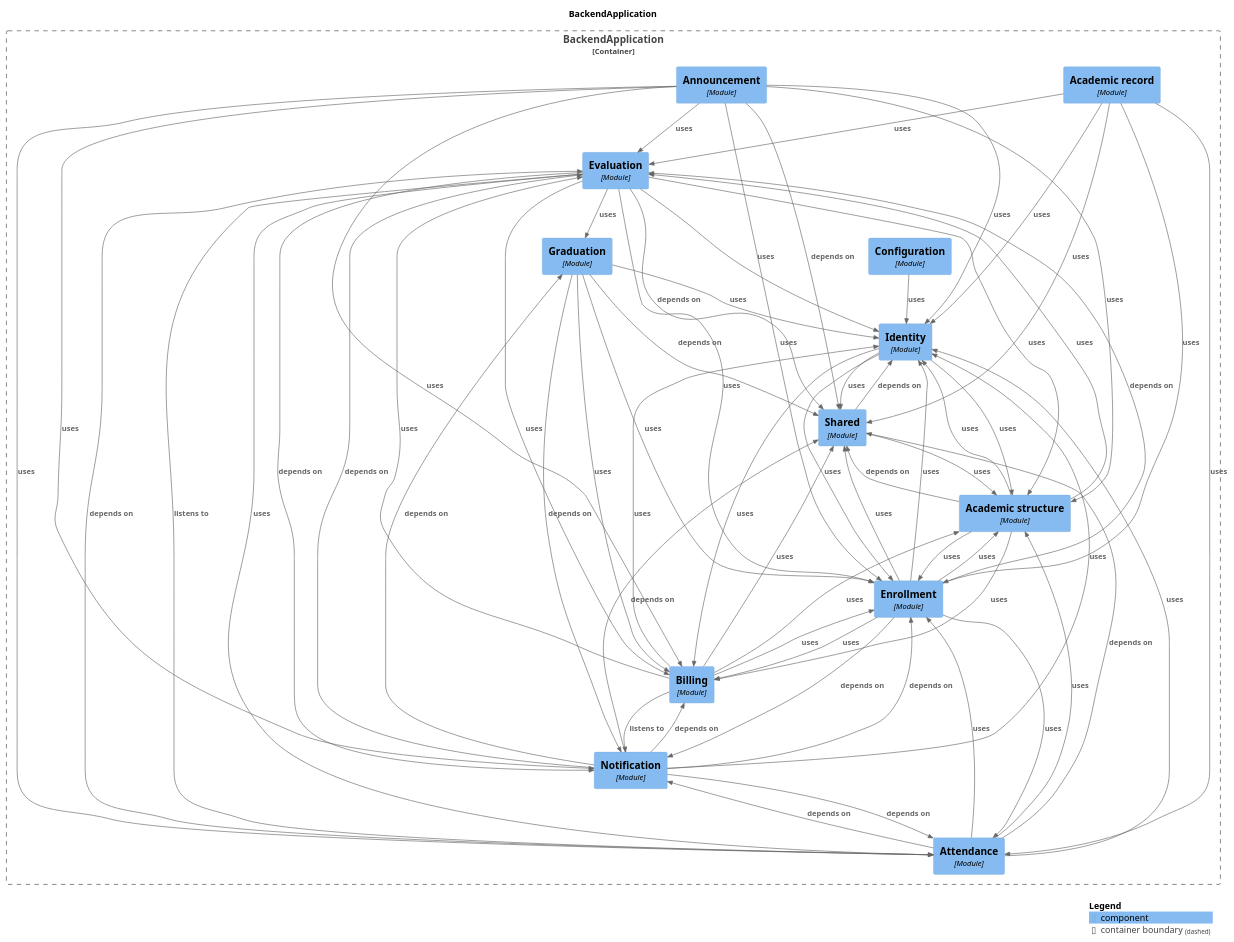
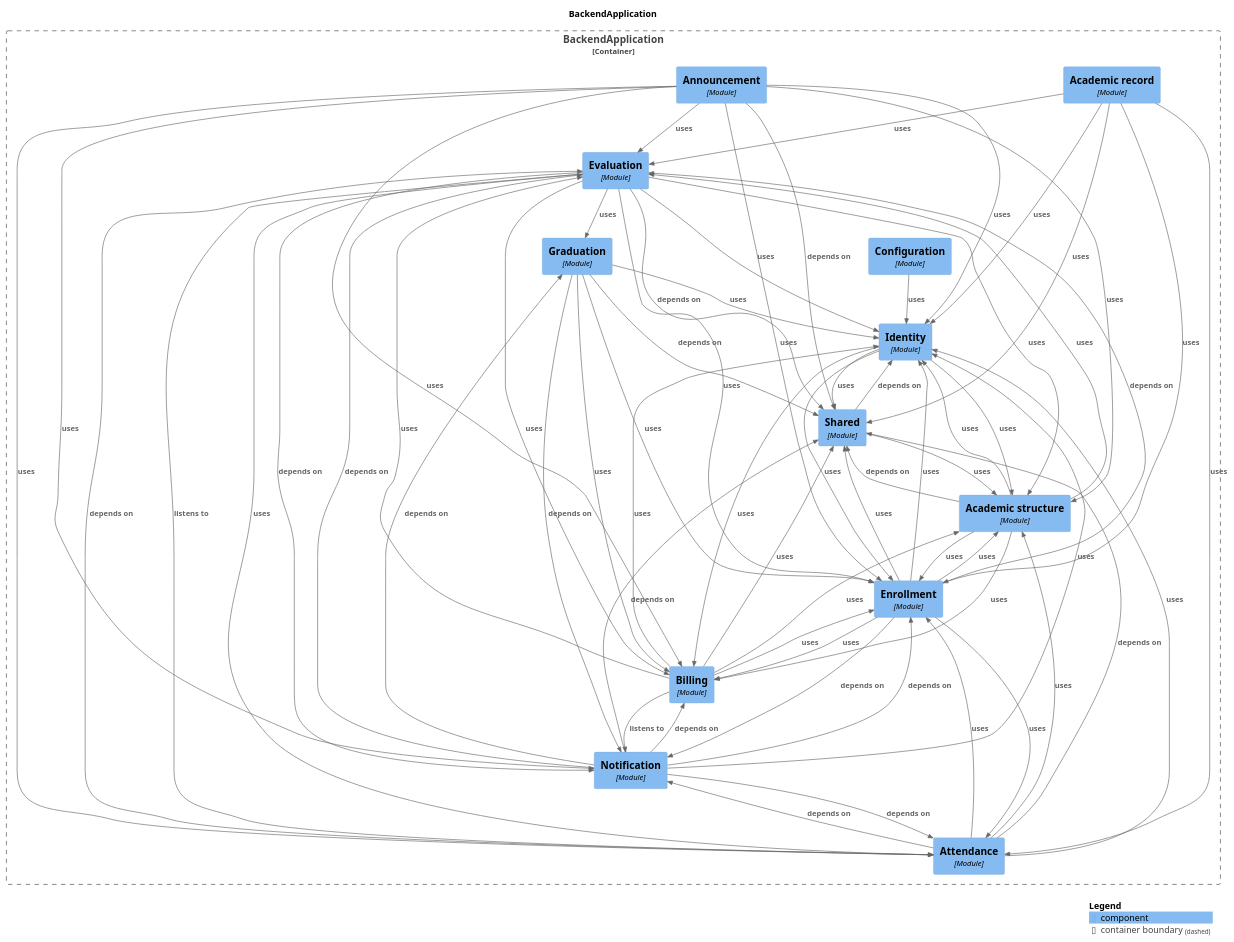
One commit to Gabriel030/agustina-bermejo-app changed the diagram in docs/architecture/components.puml. Above: the diagram before and after it, drawn with PlantUML. The commit also changed other lines of this file and 14 other files, not shown here.

Commit message:
Refactor M0: docs de modulos solo con flag y deterministas; regla de inversion enrollment/billing (D-185)

```diff
--- a/docs/architecture/components.puml
+++ b/docs/architecture/components.puml
@@ -23,71 +23,71 @@
   Component(BackendApplication.BackendApplication.Enrollment, "Enrollment", $techn="Module", $descr="", $tags="", $link="")
 }
 
+Rel(BackendApplication.BackendApplication.Academicrecord, BackendApplication.BackendApplication.Attendance, "uses", $techn="", $tags="", $link="")
+Rel(BackendApplication.BackendApplication.Academicrecord, BackendApplication.BackendApplication.Enrollment, "uses", $techn="", $tags="", $link="")
+Rel(BackendApplication.BackendApplication.Academicrecord, BackendApplication.BackendApplication.Evaluation, "uses", $techn="", $tags="", $link="")
+Rel(BackendApplication.BackendApplication.Academicrecord, BackendApplication.BackendApplication.Identity, "uses", $techn="", $tags="", $link="")
+Rel(BackendApplication.BackendApplication.Academicrecord, BackendApplication.BackendApplication.Shared, "uses", $techn="", $tags="", $link="")
+Rel(BackendApplication.BackendApplication.Academicstructure, BackendApplication.BackendApplication.Billing, "uses", $techn="", $tags="", $link="")
+Rel(BackendApplication.BackendApplication.Academicstructure, BackendApplication.BackendApplication.Enrollment, "uses", $techn="", $tags="", $link="")
+Rel(BackendApplication.BackendApplication.Academicstructure, BackendApplication.BackendApplication.Evaluation, "uses", $techn="", $tags="", $link="")
+Rel(BackendApplication.BackendApplication.Academicstructure, BackendApplication.BackendApplication.Identity, "uses", $techn="", $tags="", $link="")
+Rel(BackendApplication.BackendApplication.Academicstructure, BackendApplication.BackendApplication.Shared, "depends on", $techn="", $tags="", $link="")
+Rel(BackendApplication.BackendApplication.Announcement, BackendApplication.BackendApplication.Academicstructure, "uses", $techn="", $tags="", $link="")
+Rel(BackendApplication.BackendApplication.Announcement, BackendApplication.BackendApplication.Attendance, "uses", $techn="", $tags="", $link="")
+Rel(BackendApplication.BackendApplication.Announcement, BackendApplication.BackendApplication.Billing, "uses", $techn="", $tags="", $link="")
+Rel(BackendApplication.BackendApplication.Announcement, BackendApplication.BackendApplication.Enrollment, "uses", $techn="", $tags="", $link="")
+Rel(BackendApplication.BackendApplication.Announcement, BackendApplication.BackendApplication.Evaluation, "uses", $techn="", $tags="", $link="")
+Rel(BackendApplication.BackendApplication.Announcement, BackendApplication.BackendApplication.Identity, "uses", $techn="", $tags="", $link="")
+Rel(BackendApplication.BackendApplication.Announcement, BackendApplication.BackendApplication.Notification, "uses", $techn="", $tags="", $link="")
+Rel(BackendApplication.BackendApplication.Announcement, BackendApplication.BackendApplication.Shared, "depends on", $techn="", $tags="", $link="")
+Rel(BackendApplication.BackendApplication.Attendance, BackendApplication.BackendApplication.Academicstructure, "uses", $techn="", $tags="", $link="")
+Rel(BackendApplication.BackendApplication.Attendance, BackendApplication.BackendApplication.Enrollment, "uses", $techn="", $tags="", $link="")
+Rel(BackendApplication.BackendApplication.Attendance, BackendApplication.BackendApplication.Evaluation, "depends on", $techn="", $tags="", $link="")
+Rel(BackendApplication.BackendApplication.Attendance, BackendApplication.BackendApplication.Identity, "uses", $techn="", $tags="", $link="")
+Rel(BackendApplication.BackendApplication.Attendance, BackendApplication.BackendApplication.Notification, "depends on", $techn="", $tags="", $link="")
+Rel(BackendApplication.BackendApplication.Attendance, BackendApplication.BackendApplication.Shared, "depends on", $techn="", $tags="", $link="")
+Rel(BackendApplication.BackendApplication.Billing, BackendApplication.BackendApplication.Academicstructure, "uses", $techn="", $tags="", $link="")
+Rel(BackendApplication.BackendApplication.Billing, BackendApplication.BackendApplication.Enrollment, "uses", $techn="", $tags="", $link="")
+Rel(BackendApplication.BackendApplication.Billing, BackendApplication.BackendApplication.Evaluation, "uses", $techn="", $tags="", $link="")
+Rel(BackendApplication.BackendApplication.Billing, BackendApplication.BackendApplication.Identity, "uses", $techn="", $tags="", $link="")
+Rel(BackendApplication.BackendApplication.Billing, BackendApplication.BackendApplication.Notification, "listens to", $techn="", $tags="", $link="")
+Rel(BackendApplication.BackendApplication.Billing, BackendApplication.BackendApplication.Shared, "uses", $techn="", $tags="", $link="")
+Rel(BackendApplication.BackendApplication.Configuration, BackendApplication.BackendApplication.Identity, "uses", $techn="", $tags="", $link="")
 Rel(BackendApplication.BackendApplication.Enrollment, BackendApplication.BackendApplication.Academicstructure, "uses", $techn="", $tags="", $link="")
 Rel(BackendApplication.BackendApplication.Enrollment, BackendApplication.BackendApplication.Attendance, "uses", $techn="", $tags="", $link="")
+Rel(BackendApplication.BackendApplication.Enrollment, BackendApplication.BackendApplication.Billing, "uses", $techn="", $tags="", $link="")
+Rel(BackendApplication.BackendApplication.Enrollment, BackendApplication.BackendApplication.Evaluation, "depends on", $techn="", $tags="", $link="")
+Rel(BackendApplication.BackendApplication.Enrollment, BackendApplication.BackendApplication.Identity, "uses", $techn="", $tags="", $link="")
+Rel(BackendApplication.BackendApplication.Enrollment, BackendApplication.BackendApplication.Notification, "depends on", $techn="", $tags="", $link="")
 Rel(BackendApplication.BackendApplication.Enrollment, BackendApplication.BackendApplication.Shared, "uses", $techn="", $tags="", $link="")
-Rel(BackendApplication.BackendApplication.Announcement, BackendApplication.BackendApplication.Shared, "depends on", $techn="", $tags="", $link="")
-Rel(BackendApplication.BackendApplication.Announcement, BackendApplication.BackendApplication.Billing, "uses", $techn="", $tags="", $link="")
-Rel(BackendApplication.BackendApplication.Announcement, BackendApplication.BackendApplication.Academicstructure, "uses", $techn="", $tags="", $link="")
-Rel(BackendApplication.BackendApplication.Announcement, BackendApplication.BackendApplication.Enrollment, "uses", $techn="", $tags="", $link="")
-Rel(BackendApplication.BackendApplication.Announcement, BackendApplication.BackendApplication.Evaluation, "uses", $techn="", $tags="", $link="")
-Rel(BackendApplication.BackendApplication.Announcement, BackendApplication.BackendApplication.Attendance, "uses", $techn="", $tags="", $link="")
-Rel(BackendApplication.BackendApplication.Announcement, BackendApplication.BackendApplication.Notification, "uses", $techn="", $tags="", $link="")
-Rel(BackendApplication.BackendApplication.Announcement, BackendApplication.BackendApplication.Identity, "uses", $techn="", $tags="", $link="")
+Rel(BackendApplication.BackendApplication.Evaluation, BackendApplication.BackendApplication.Academicstructure, "uses", $techn="", $tags="", $link="")
+Rel(BackendApplication.BackendApplication.Evaluation, BackendApplication.BackendApplication.Attendance, "listens to", $techn="", $tags="", $link="")
+Rel(BackendApplication.BackendApplication.Evaluation, BackendApplication.BackendApplication.Attendance, "uses", $techn="", $tags="", $link="")
+Rel(BackendApplication.BackendApplication.Evaluation, BackendApplication.BackendApplication.Billing, "uses", $techn="", $tags="", $link="")
+Rel(BackendApplication.BackendApplication.Evaluation, BackendApplication.BackendApplication.Enrollment, "uses", $techn="", $tags="", $link="")
+Rel(BackendApplication.BackendApplication.Evaluation, BackendApplication.BackendApplication.Graduation, "uses", $techn="", $tags="", $link="")
+Rel(BackendApplication.BackendApplication.Evaluation, BackendApplication.BackendApplication.Identity, "uses", $techn="", $tags="", $link="")
+Rel(BackendApplication.BackendApplication.Evaluation, BackendApplication.BackendApplication.Notification, "depends on", $techn="", $tags="", $link="")
+Rel(BackendApplication.BackendApplication.Evaluation, BackendApplication.BackendApplication.Shared, "depends on", $techn="", $tags="", $link="")
+Rel(BackendApplication.BackendApplication.Graduation, BackendApplication.BackendApplication.Billing, "uses", $techn="", $tags="", $link="")
+Rel(BackendApplication.BackendApplication.Graduation, BackendApplication.BackendApplication.Enrollment, "uses", $techn="", $tags="", $link="")
+Rel(BackendApplication.BackendApplication.Graduation, BackendApplication.BackendApplication.Identity, "uses", $techn="", $tags="", $link="")
+Rel(BackendApplication.BackendApplication.Graduation, BackendApplication.BackendApplication.Notification, "depends on", $techn="", $tags="", $link="")
 Rel(BackendApplication.BackendApplication.Graduation, BackendApplication.BackendApplication.Shared, "depends on", $techn="", $tags="", $link="")
-Rel(BackendApplication.BackendApplication.Graduation, BackendApplication.BackendApplication.Notification, "depends on", $techn="", $tags="", $link="")
-Rel(BackendApplication.BackendApplication.Graduation, BackendApplication.BackendApplication.Identity, "uses", $techn="", $tags="", $link="")
-Rel(BackendApplication.BackendApplication.Graduation, BackendApplication.BackendApplication.Enrollment, "uses", $techn="", $tags="", $link="")
-Rel(BackendApplication.BackendApplication.Graduation, BackendApplication.BackendApplication.Billing, "uses", $techn="", $tags="", $link="")
-Rel(BackendApplication.BackendApplication.Academicrecord, BackendApplication.BackendApplication.Identity, "uses", $techn="", $tags="", $link="")
-Rel(BackendApplication.BackendApplication.Academicrecord, BackendApplication.BackendApplication.Enrollment, "uses", $techn="", $tags="", $link="")
-Rel(BackendApplication.BackendApplication.Academicrecord, BackendApplication.BackendApplication.Attendance, "uses", $techn="", $tags="", $link="")
-Rel(BackendApplication.BackendApplication.Academicrecord, BackendApplication.BackendApplication.Evaluation, "uses", $techn="", $tags="", $link="")
-Rel(BackendApplication.BackendApplication.Academicrecord, BackendApplication.BackendApplication.Shared, "uses", $techn="", $tags="", $link="")
-Rel(BackendApplication.BackendApplication.Academicstructure, BackendApplication.BackendApplication.Shared, "depends on", $techn="", $tags="", $link="")
-Rel(BackendApplication.BackendApplication.Academicstructure, BackendApplication.BackendApplication.Enrollment, "uses", $techn="", $tags="", $link="")
-Rel(BackendApplication.BackendApplication.Academicstructure, BackendApplication.BackendApplication.Billing, "uses", $techn="", $tags="", $link="")
-Rel(BackendApplication.BackendApplication.Academicstructure, BackendApplication.BackendApplication.Identity, "uses", $techn="", $tags="", $link="")
-Rel(BackendApplication.BackendApplication.Academicstructure, BackendApplication.BackendApplication.Evaluation, "uses", $techn="", $tags="", $link="")
-Rel(BackendApplication.BackendApplication.Billing, BackendApplication.BackendApplication.Notification, "listens to", $techn="", $tags="", $link="")
-Rel(BackendApplication.BackendApplication.Billing, BackendApplication.BackendApplication.Identity, "uses", $techn="", $tags="", $link="")
-Rel(BackendApplication.BackendApplication.Billing, BackendApplication.BackendApplication.Enrollment, "uses", $techn="", $tags="", $link="")
-Rel(BackendApplication.BackendApplication.Billing, BackendApplication.BackendApplication.Shared, "uses", $techn="", $tags="", $link="")
-Rel(BackendApplication.BackendApplication.Billing, BackendApplication.BackendApplication.Academicstructure, "uses", $techn="", $tags="", $link="")
-Rel(BackendApplication.BackendApplication.Billing, BackendApplication.BackendApplication.Evaluation, "uses", $techn="", $tags="", $link="")
-Rel(BackendApplication.BackendApplication.Shared, BackendApplication.BackendApplication.Identity, "depends on", $techn="", $tags="", $link="")
-Rel(BackendApplication.BackendApplication.Shared, BackendApplication.BackendApplication.Academicstructure, "uses", $techn="", $tags="", $link="")
-Rel(BackendApplication.BackendApplication.Identity, BackendApplication.BackendApplication.Shared, "uses", $techn="", $tags="", $link="")
+Rel(BackendApplication.BackendApplication.Identity, BackendApplication.BackendApplication.Academicstructure, "uses", $techn="", $tags="", $link="")
 Rel(BackendApplication.BackendApplication.Identity, BackendApplication.BackendApplication.Billing, "uses", $techn="", $tags="", $link="")
 Rel(BackendApplication.BackendApplication.Identity, BackendApplication.BackendApplication.Enrollment, "uses", $techn="", $tags="", $link="")
-Rel(BackendApplication.BackendApplication.Identity, BackendApplication.BackendApplication.Academicstructure, "uses", $techn="", $tags="", $link="")
-Rel(BackendApplication.BackendApplication.Attendance, BackendApplication.BackendApplication.Shared, "depends on", $techn="", $tags="", $link="")
-Rel(BackendApplication.BackendApplication.Attendance, BackendApplication.BackendApplication.Evaluation, "depends on", $techn="", $tags="", $link="")
-Rel(BackendApplication.BackendApplication.Attendance, BackendApplication.BackendApplication.Notification, "depends on", $techn="", $tags="", $link="")
-Rel(BackendApplication.BackendApplication.Attendance, BackendApplication.BackendApplication.Academicstructure, "uses", $techn="", $tags="", $link="")
-Rel(BackendApplication.BackendApplication.Attendance, BackendApplication.BackendApplication.Enrollment, "uses", $techn="", $tags="", $link="")
-Rel(BackendApplication.BackendApplication.Attendance, BackendApplication.BackendApplication.Identity, "uses", $techn="", $tags="", $link="")
-Rel(BackendApplication.BackendApplication.Configuration, BackendApplication.BackendApplication.Identity, "uses", $techn="", $tags="", $link="")
-Rel(BackendApplication.BackendApplication.Evaluation, BackendApplication.BackendApplication.Attendance, "listens to", $techn="", $tags="", $link="")
-Rel(BackendApplication.BackendApplication.Evaluation, BackendApplication.BackendApplication.Shared, "depends on", $techn="", $tags="", $link="")
-Rel(BackendApplication.BackendApplication.Evaluation, BackendApplication.BackendApplication.Notification, "depends on", $techn="", $tags="", $link="")
-Rel(BackendApplication.BackendApplication.Evaluation, BackendApplication.BackendApplication.Academicstructure, "uses", $techn="", $tags="", $link="")
-Rel(BackendApplication.BackendApplication.Evaluation, BackendApplication.BackendApplication.Identity, "uses", $techn="", $tags="", $link="")
-Rel(BackendApplication.BackendApplication.Evaluation, BackendApplication.BackendApplication.Enrollment, "uses", $techn="", $tags="", $link="")
-Rel(BackendApplication.BackendApplication.Evaluation, BackendApplication.BackendApplication.Attendance, "uses", $techn="", $tags="", $link="")
-Rel(BackendApplication.BackendApplication.Evaluation, BackendApplication.BackendApplication.Billing, "uses", $techn="", $tags="", $link="")
-Rel(BackendApplication.BackendApplication.Evaluation, BackendApplication.BackendApplication.Graduation, "uses", $techn="", $tags="", $link="")
+Rel(BackendApplication.BackendApplication.Identity, BackendApplication.BackendApplication.Shared, "uses", $techn="", $tags="", $link="")
 Rel(BackendApplication.BackendApplication.Notification, BackendApplication.BackendApplication.Attendance, "depends on", $techn="", $tags="", $link="")
+Rel(BackendApplication.BackendApplication.Notification, BackendApplication.BackendApplication.Billing, "depends on", $techn="", $tags="", $link="")
 Rel(BackendApplication.BackendApplication.Notification, BackendApplication.BackendApplication.Enrollment, "depends on", $techn="", $tags="", $link="")
+Rel(BackendApplication.BackendApplication.Notification, BackendApplication.BackendApplication.Evaluation, "depends on", $techn="", $tags="", $link="")
 Rel(BackendApplication.BackendApplication.Notification, BackendApplication.BackendApplication.Graduation, "depends on", $techn="", $tags="", $link="")
-Rel(BackendApplication.BackendApplication.Notification, BackendApplication.BackendApplication.Billing, "depends on", $techn="", $tags="", $link="")
-Rel(BackendApplication.BackendApplication.Notification, BackendApplication.BackendApplication.Evaluation, "depends on", $techn="", $tags="", $link="")
+Rel(BackendApplication.BackendApplication.Notification, BackendApplication.BackendApplication.Identity, "uses", $techn="", $tags="", $link="")
 Rel(BackendApplication.BackendApplication.Notification, BackendApplication.BackendApplication.Shared, "depends on", $techn="", $tags="", $link="")
-Rel(BackendApplication.BackendApplication.Notification, BackendApplication.BackendApplication.Identity, "uses", $techn="", $tags="", $link="")
-Rel(BackendApplication.BackendApplication.Enrollment, BackendApplication.BackendApplication.Evaluation, "depends on", $techn="", $tags="", $link="")
-Rel(BackendApplication.BackendApplication.Enrollment, BackendApplication.BackendApplication.Notification, "depends on", $techn="", $tags="", $link="")
-Rel(BackendApplication.BackendApplication.Enrollment, BackendApplication.BackendApplication.Billing, "uses", $techn="", $tags="", $link="")
-Rel(BackendApplication.BackendApplication.Enrollment, BackendApplication.BackendApplication.Identity, "uses", $techn="", $tags="", $link="")
+Rel(BackendApplication.BackendApplication.Shared, BackendApplication.BackendApplication.Academicstructure, "uses", $techn="", $tags="", $link="")
+Rel(BackendApplication.BackendApplication.Shared, BackendApplication.BackendApplication.Identity, "depends on", $techn="", $tags="", $link="")
 
 SHOW_LEGEND(true)
 @enduml
```
